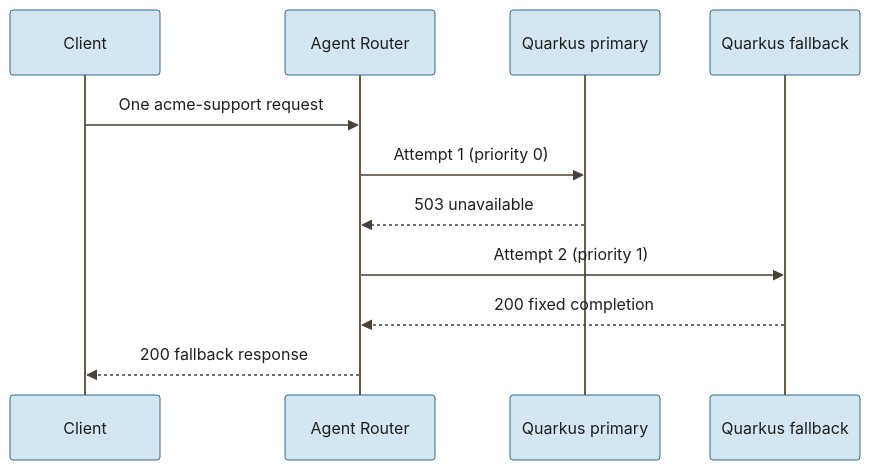
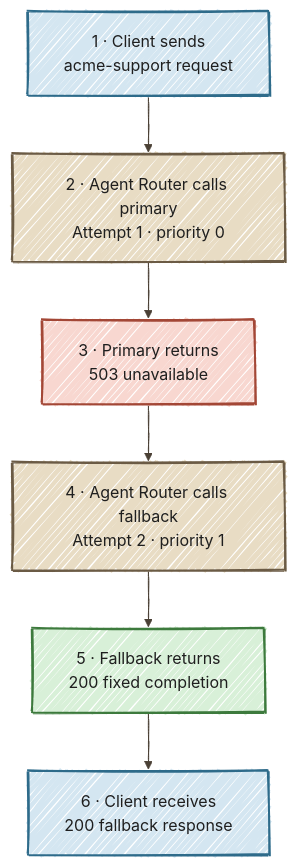
One commit to danieloh30/governed-agent-platform changed the third of 3 diagrams in docs/tutorials/06-model-routing.md. Above: the diagram before and after it, drawn with Mermaid.

Commit message:
docs(part6): render failover flow in hand-drawn style

````diff
--- a/docs/tutorials/06-model-routing.md
+++ b/docs/tutorials/06-model-routing.md
@@ -286,14 +286,18 @@
 ```mermaid
 %%{init: {"look":"handDrawn","theme":"base","themeVariables":{"darkMode":false,"background":"#FFFCF5","primaryColor":"#D4E6F1","primaryBorderColor":"#2E6B8A","primaryTextColor":"#1F1F1F","secondaryColor":"#D8F0D8","secondaryTextColor":"#1F1F1F","tertiaryColor":"#E8DCC4","tertiaryTextColor":"#1F1F1F","textColor":"#1F1F1F","lineColor":"#4A4035","edgeLabelBackground":"#FFFCF5","clusterBkg":"#F5F5F0","clusterBorder":"#6B5B45","fontSize":"16px","actorBkg":"#D4E6F1","actorBorder":"#2E6B8A","actorTextColor":"#1F1F1F","actorLineColor":"#6B5B45","signalColor":"#4A4035","signalTextColor":"#1F1F1F"},"flowchart":{"nodeSpacing":35,"rankSpacing":55,"padding":18}}}%%
-sequenceDiagram
-    participant C as Client
-    participant R as Agent Router
-    participant P as Quarkus primary
-    participant F as Quarkus fallback
-    C->>R: One acme-support request
-    R->>P: Attempt 1 (priority 0)
-    P-->>R: 503 unavailable
-    R->>F: Attempt 2 (priority 1)
-    F-->>R: 200 fixed completion
-    R-->>C: 200 fallback response
+flowchart TD
+    C["1 · Client sends<br/>acme-support request"]
+    P["2 · Agent Router calls primary<br/>Attempt 1 · priority 0"]
+    E["3 · Primary returns<br/>503 unavailable"]
+    F["4 · Agent Router calls fallback<br/>Attempt 2 · priority 1"]
+    A["5 · Fallback returns<br/>200 fixed completion"]
+    D["6 · Client receives<br/>200 fallback response"]
+    C --> P --> E --> F --> A --> D
+
+    style C fill:#D4E6F1,stroke:#2E6B8A,color:#1F1F1F,stroke-width:2px
+    style P fill:#E8DCC4,stroke:#6B5B45,color:#1F1F1F,stroke-width:2px
+    style E fill:#F8D7D0,stroke:#A34736,color:#1F1F1F,stroke-width:2px
+    style F fill:#E8DCC4,stroke:#6B5B45,color:#1F1F1F,stroke-width:2px
+    style A fill:#D8F0D8,stroke:#3D7A3D,color:#1F1F1F,stroke-width:2px
+    style D fill:#D4E6F1,stroke:#2E6B8A,color:#1F1F1F,stroke-width:2px
 ```
````
